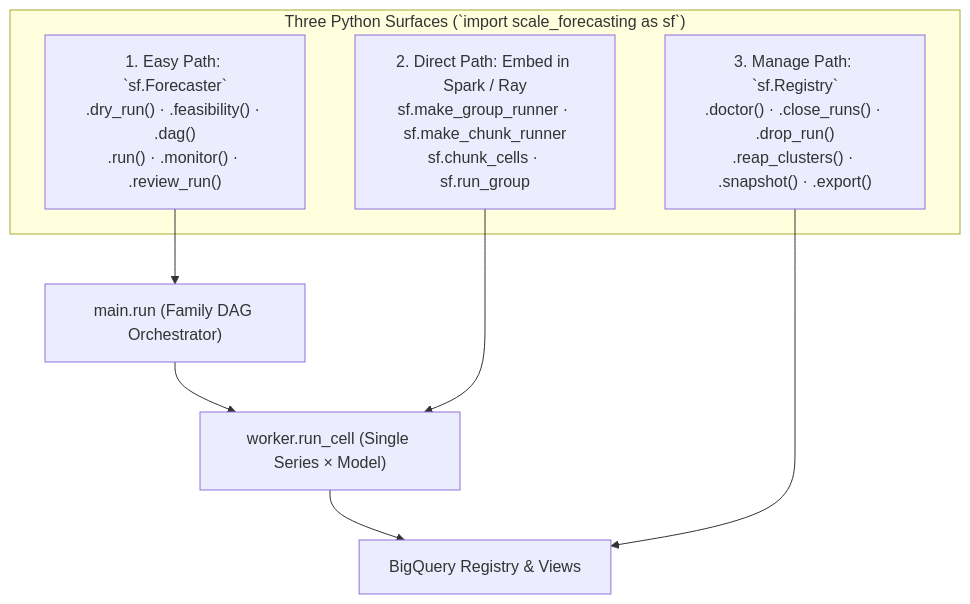
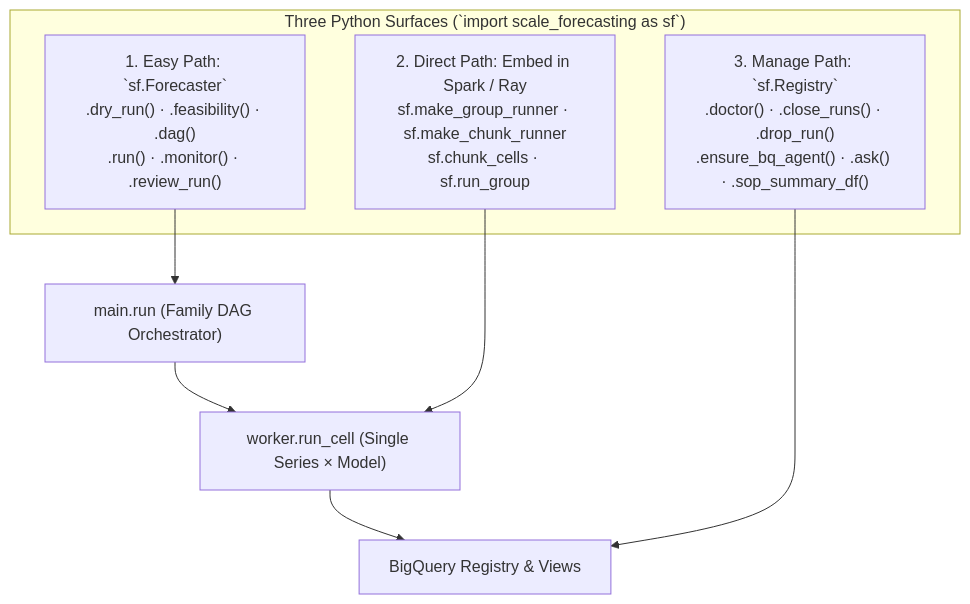
The diagram in docs/using_the_sdk.md (statmike/scale-forecasting), drawn with Mermaid before and after one commit. The commit also changed other lines of this file and 92 other files, not shown here.

````diff
--- a/docs/using_the_sdk.md
+++ b/docs/using_the_sdk.md
@@ -23,13 +23,13 @@
 ```mermaid
 flowchart TD
     subgraph Doors["Three Python Surfaces (`import scale_forecasting as sf`)"]
         D1["1. Easy Path: `sf.Forecaster`<br/>.dry_run() · .feasibility() · .dag()<br/>.run() · .monitor() · .review_run()"]
         D2["2. Direct Path: Embed in Spark / Ray<br/>sf.make_group_runner · sf.make_chunk_runner<br/>sf.chunk_cells · sf.run_group"]
-        D3["3. Manage Path: `sf.Registry`<br/>.doctor() · .close_runs() · .drop_run()<br/>.reap_clusters() · .snapshot() · .export()"]
+        D3["3. Manage Path: `sf.Registry`<br/>.doctor() · .close_runs() · .drop_run()<br/>.ensure_bq_agent() · .ask() · .sop_summary_df()"]
     end
     D1 --> Main["main.run (Family DAG Orchestrator)"]
     Main --> Cell["worker.run_cell (Single Series × Model)"]
     D2 --> Cell
     Cell --> BQ["BigQuery Registry & Views"]
     D3 --> BQ
 ```
````
